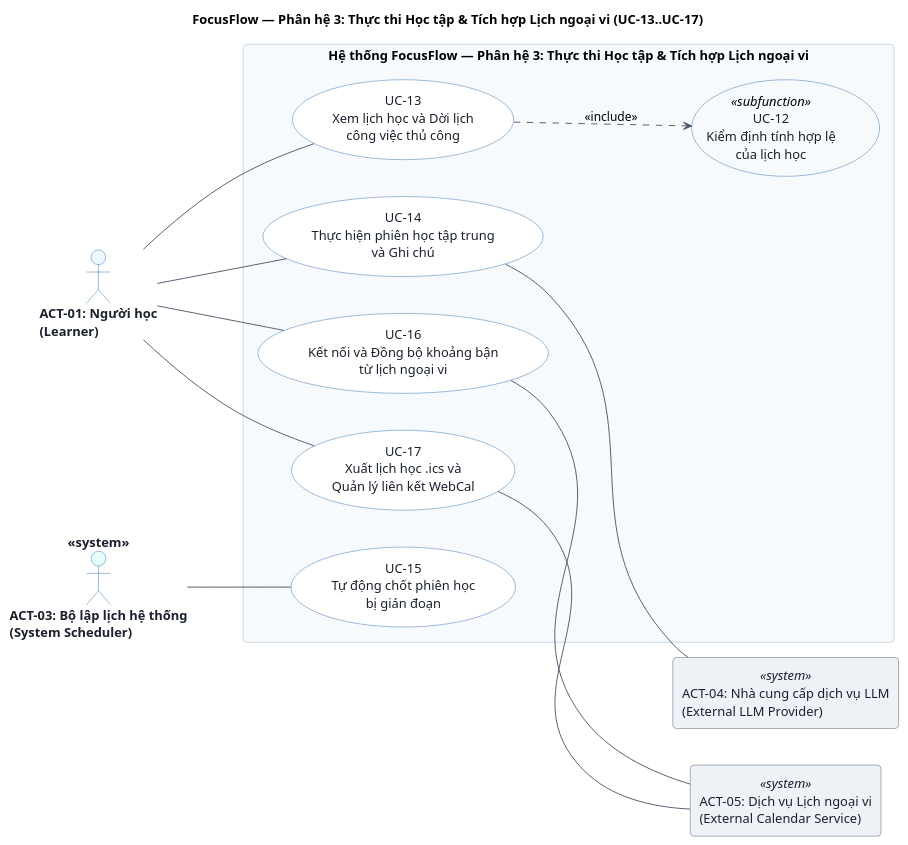
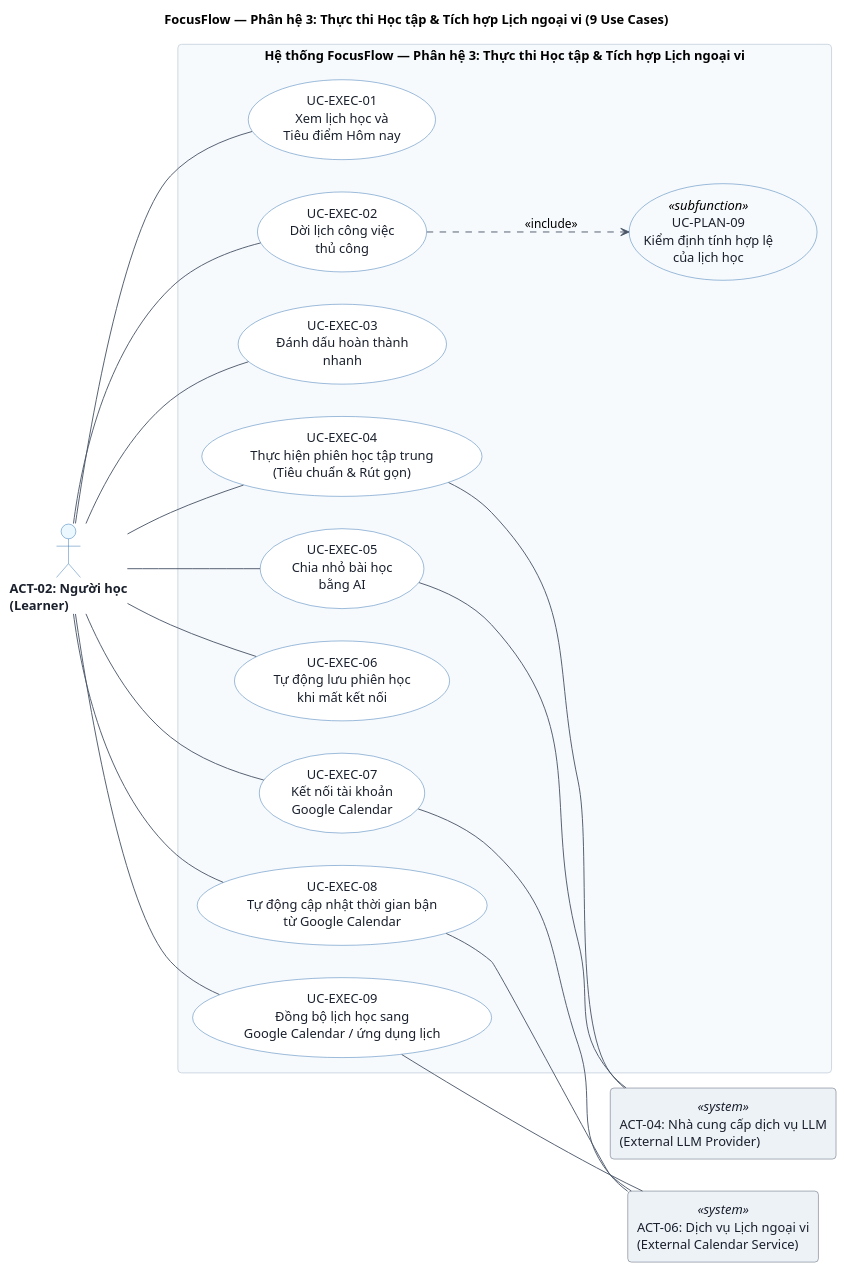
Before and after one commit to Coffat/FocusFlow: the diagram in docs/uml/use-cases/uc-mod-03-study-execution-calendar.puml, drawn with PlantUML. The commit also changed 26 other files, not shown here.

Commit message:
docs(uml): update use case specifications, modular diagrams, and PlantUML models

```diff
--- a/docs/uml/use-cases/uc-mod-03-study-execution-calendar.puml
+++ b/docs/uml/use-cases/uc-mod-03-study-execution-calendar.puml
@@ -1,72 +1,94 @@
 @startuml uc-mod-03-study-execution-calendar
-title FocusFlow — Phân hệ 3: Thực thi Học tập & Tích hợp Lịch ngoại vi (UC-13..UC-17)
+' ========================================================
+' Chuẩn hóa 8 Tác nhân (ACT-00..ACT-07): 4 Human/Role Actors + 4 External System Actors
+' Tuân thủ nghiêm ngặt OMG UML 2.5.1 Clause 18: Các thành phần nội bộ (Taskiq, Redis, DB,
+' AI Harness) và bộ định thời nội bộ (internal clock triggers) nằm bên trong Ranh giới Hệ thống.
+' ========================================================
+title FocusFlow — Phân hệ 3: Thực thi Học tập & Tích hợp Lịch ngoại vi (9 Use Cases)
 
 left to right direction
 skinparam packageStyle rectangle
 skinparam roundcorner 8
 skinparam monochrome false
 skinparam shadowing false
 skinparam defaultFontName "Helvetica", "Arial", sans-serif
-skinparam nodesep 40
-skinparam ranksep 75
+skinparam nodesep 35
+skinparam ranksep 70
 
 skinparam actor {
     BackgroundColor #EBF8FF
     BorderColor #2B6CB0
     FontColor #1A202C
     FontStyle bold
 }
 
 skinparam usecase {
     BackgroundColor #FFFFFF
     BorderColor #2B6CB0
     ArrowColor #4A5568
     FontColor #1A202C
 }
 
 skinparam package {
     BackgroundColor #F7FAFC
     BorderColor #CBD5E0
     FontColor #2D3748
     FontStyle bold
 }
 
 skinparam rectangle<<system>> {
     BackgroundColor #EDF2F7
     BorderColor #4A5568
     FontColor #1A202C
 }
 
-' 1. TÁC NHÂN CHÍNH (PRIMARY ACTORS - BÊN TRÁI)
-actor "ACT-01: Người học\n(Learner)" as Learner #EBF8FF
-actor "ACT-03: Bộ lập lịch hệ thống\n(System Scheduler)" as Scheduler <<system>> #E6FFFA
+' ========================================================
+' 1. TÁC NHÂN CON NGƯỜI / VAI TRÒ (HUMAN / ROLE ACTOR - BÊN TRÁI)
+' ========================================================
+actor "ACT-02: Người học\n(Learner)" as Learner #EBF8FF
 
+' ========================================================
 ' 2. RANH GIỚI HỆ THỐNG (SYSTEM BOUNDARY)
+' ========================================================
 rectangle "Hệ thống FocusFlow — Phân hệ 3: Thực thi Học tập & Tích hợp Lịch ngoại vi" as Mod3Boundary {
-    usecase "UC-13\nXem lịch học và Dời lịch\ncông việc thủ công" as UC13
-    usecase "UC-14\nThực hiện phiên học tập trung\nvà Ghi chú" as UC14
-    usecase "UC-15\nTự động chốt phiên học\nbị gián đoạn" as UC15
-    usecase "UC-16\nKết nối và Đồng bộ khoảng bận\ntừ lịch ngoại vi" as UC16
-    usecase "UC-17\nXuất lịch học .ics và\nQuản lý liên kết WebCal" as UC17
-    usecase "UC-12\nKiểm định tính hợp lệ\ncủa lịch học" as UC12 <<subfunction>> #F7FAFC
+    usecase "UC-EXEC-01\nXem lịch học và\nTiêu điểm Hôm nay" as UC_EXEC_01
+    usecase "UC-EXEC-02\nDời lịch công việc\nthủ công" as UC_EXEC_02
+    usecase "UC-EXEC-03\nĐánh dấu hoàn thành\nnhanh" as UC_EXEC_03
+    usecase "UC-EXEC-04\nThực hiện phiên học tập trung\n(Tiêu chuẩn & Rút gọn)" as UC_EXEC_04
+    usecase "UC-EXEC-05\nChia nhỏ bài học\nbằng AI" as UC_EXEC_05
+    usecase "UC-EXEC-06\nTự động lưu phiên học\nkhi mất kết nối" as UC_EXEC_06
+    usecase "UC-EXEC-07\nKết nối tài khoản\nGoogle Calendar" as UC_EXEC_07
+    usecase "UC-EXEC-08\nTự động cập nhật thời gian bận\ntừ Google Calendar" as UC_EXEC_08
+    usecase "UC-EXEC-09\nĐồng bộ lịch học sang\nGoogle Calendar / ứng dụng lịch" as UC_EXEC_09
+    usecase "UC-PLAN-09\nKiểm định tính hợp lệ\ncủa lịch học" as UC_PLAN_09 <<subfunction>> #F7FAFC
 }
 
-' 3. TÁC NHÂN HỆ THỐNG PHỤ TRỢ (SUPPORTING SYSTEM ACTORS - BÊN PHẢI)
+' ========================================================
+' 3. TÁC NHÂN HỆ THỐNG NGOẠI VI (EXTERNAL SYSTEM ACTORS - BÊN PHẢI)
+' ========================================================
 rectangle "ACT-04: Nhà cung cấp dịch vụ LLM\n(External LLM Provider)" as LLM <<system>>
-rectangle "ACT-05: Dịch vụ Lịch ngoại vi\n(External Calendar Service)" as CalService <<system>>
+rectangle "ACT-06: Dịch vụ Lịch ngoại vi\n(External Calendar Service)" as ExtCal <<system>>
 
-' 4. QUAN HỆ (ASSOCIATIONS & INCLUDE)
-Learner -- UC13
-Learner -- UC14
-Learner -- UC16
-Learner -- UC17
+' ========================================================
+' 4. QUAN HỆ GIAO TIẾP (ASSOCIATIONS & INCLUDE)
+' ========================================================
+Learner -- UC_EXEC_01
+Learner -- UC_EXEC_02
+Learner -- UC_EXEC_03
+Learner -- UC_EXEC_04
+Learner -- UC_EXEC_05
+Learner -- UC_EXEC_06
+Learner -- UC_EXEC_07
+Learner -- UC_EXEC_08
+Learner -- UC_EXEC_09
 
-Scheduler -- UC15
+UC_EXEC_02 ..> UC_PLAN_09 : <<include>>
 
-UC13 ..> UC12 : <<include>>
+UC_EXEC_04 -- LLM
+UC_EXEC_05 -- LLM
 
-UC14 -- LLM
-UC16 -- CalService
-UC17 -- CalService
+UC_EXEC_07 -- ExtCal
+UC_EXEC_08 -- ExtCal
+UC_EXEC_09 -- ExtCal
 
 @enduml
```
